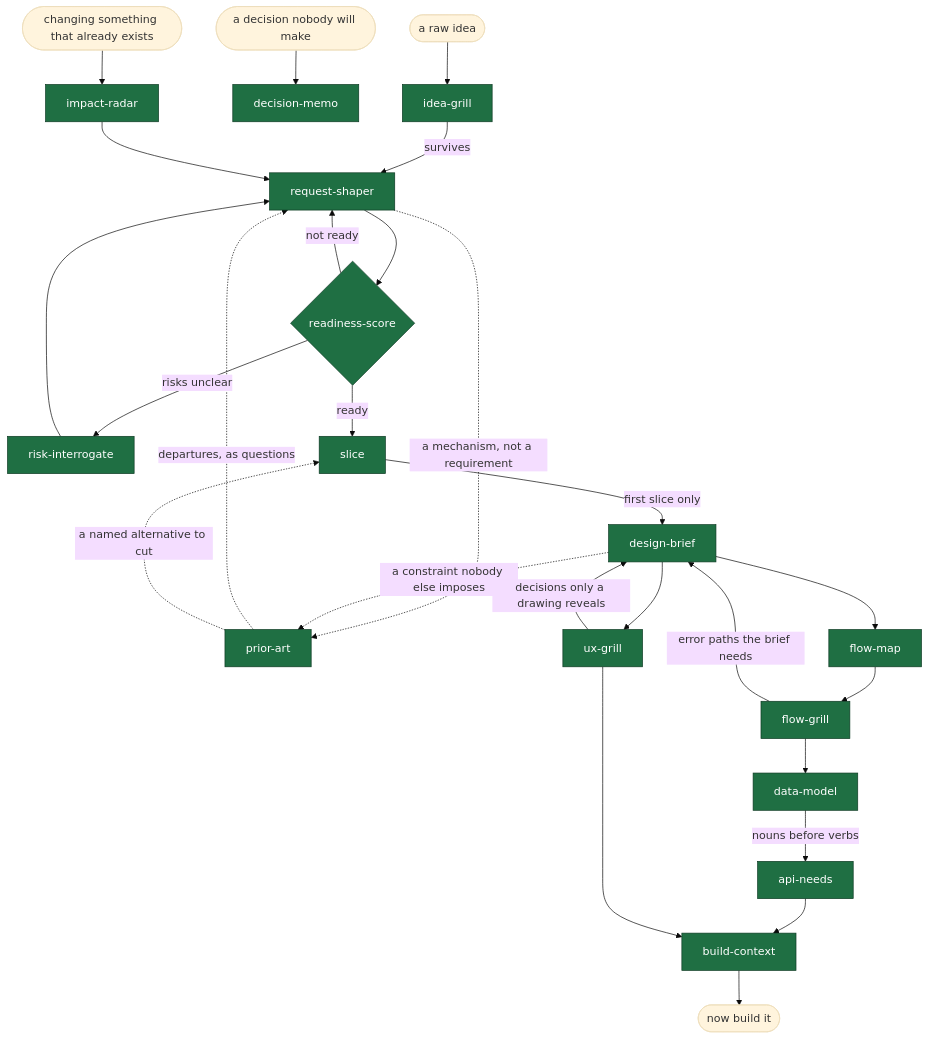
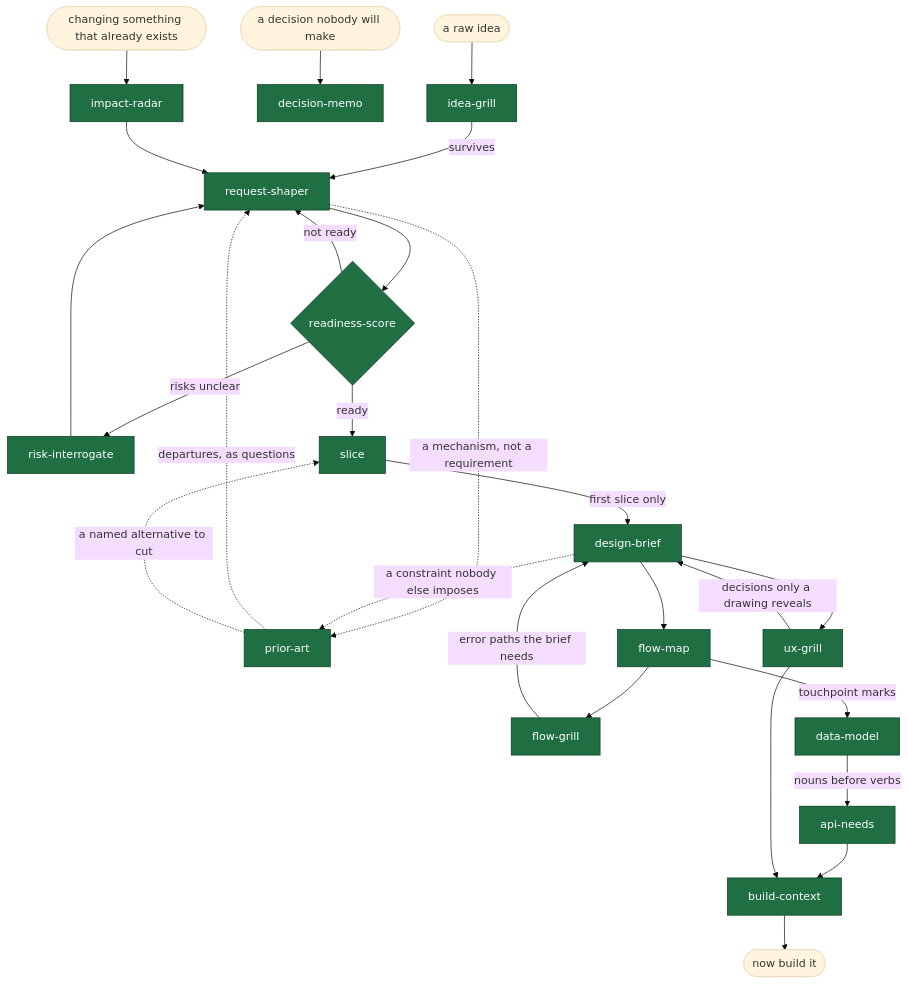
Before and after one commit to ratipcan-uysal/before-you-build: the diagram in README.md, drawn with Mermaid (base theme). The commit also changed 3 other files, not shown here.

````diff
--- a/README.md
+++ b/README.md
@@ -40,32 +40,32 @@
 ```mermaid
 flowchart TD
     idea([a raw idea]) --> IG[idea-grill]
     IG -->|survives| RS[request-shaper]
     RS --> SC{readiness-score}
     SC -->|not ready| RS
     SC -->|risks unclear| RI[risk-interrogate]
     RI --> RS
     SC -->|ready| SL[slice]
     SL -->|first slice only| DB[design-brief]
     RS -.->|a mechanism, not a requirement| PA[prior-art]
     DB -.->|a constraint nobody else imposes| PA
     PA -.->|departures, as questions| RS
     PA -.->|a named alternative to cut| SL
     DB --> UX[ux-grill]
     UX -->|decisions only a drawing reveals| DB
     DB --> FM[flow-map]
     FM --> FG[flow-grill]
     FG -->|error paths the brief needs| DB
-    FG --> DMO[data-model]
+    FM -->|touchpoint marks| DMO[data-model]
     DMO -->|nouns before verbs| AN[api-needs]
     AN --> BC[build-context]
     UX --> BC
     BC --> out([now build it])
     blocked([a decision nobody will make]) --> DM[decision-memo]
     change([changing something that already exists]) --> IR[impact-radar]
     IR --> RS
 
     classDef shipped fill:#1f6f43,stroke:#0d3a23,color:#fff
     classDef planned fill:#2b2b2b,stroke:#555,color:#bbb,stroke-dasharray:4 3
     class IG,RS,SC,PA,SL,RI,DB,UX,FM,FG,DMO,AN,BC,IR,DM shipped
 ```
````
